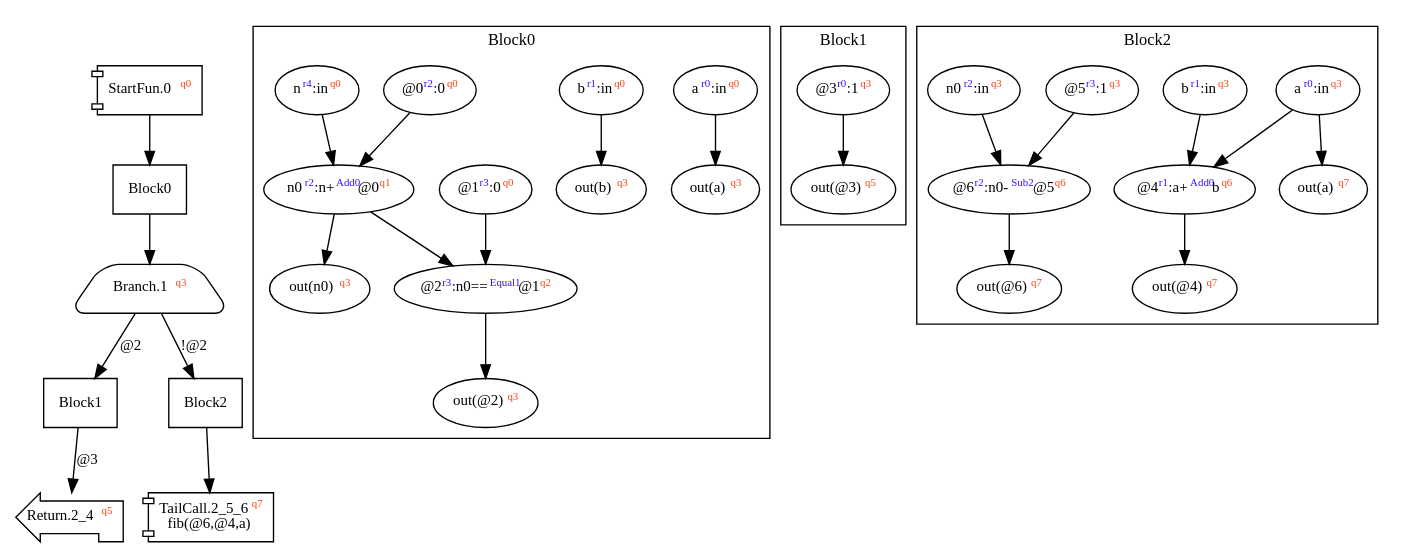
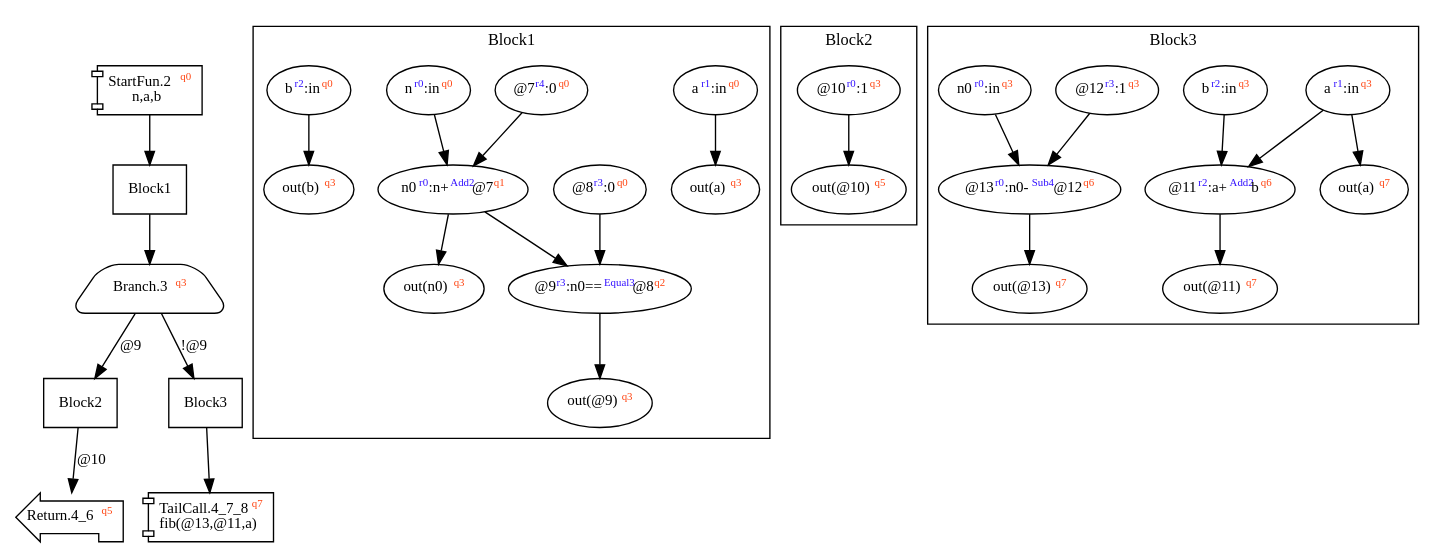
The diagram in dist/fib.dot (akouryy/SyntheScala), drawn with Graphviz before and after one commit. The commit also changed 13 other files, not shown here.

```diff
--- a/dist/fib.dot
+++ b/dist/fib.dot
@@ -1,30 +1,30 @@
 digraph Program_ {
 graph [fontname = "Monaco", fontsize = 12, ranksep = 0.5];
 node [shape = box, fontname = "Monaco", fontsize = 11; colorscheme = pastel19];
 edge [fontname = "Monaco", fontsize = 11; colorscheme = pastel19];
-Jump0[label = <StartFun.0<font color="#ff4411" point-size="8"><sup>q0</sup></font>>; shape = component];
-Jump0 -> Block0;
-Jump1[
-  label = <Branch.1<font color="#ff4411" point-size="8"><sup>q3</sup></font>>;
+Jump2[label = <StartFun.2<font color="#ff4411" point-size="8"><sup>q0</sup></font><br/>n,a,b>; shape = component];
+Jump2 -> Block1;
+Jump3[
+  label = <Branch.3<font color="#ff4411" point-size="8"><sup>q3</sup></font>>;
   shape = trapezium; style = rounded;
 ];
-Block0 -> Jump1;
-Jump1 -> Block1 [label="@2"];
-Jump1 -> Block2 [label="!@2"];
-Jump2_4[label = <Return.2_4<font color="#ff4411" point-size="8"><sup>q5</sup></font>>; shape = lpromoter];
-Block1 -> Jump2_4 [label="@3"];
-Jump2_5_6[label = <TailCall.2_5_6<font color="#ff4411" point-size="8"><sup>q7</sup></font><br/>fib(@6,@4,a)>; shape = component];
-Block2 -> Jump2_5_6;
-Block0 [label = "Block0"];
+Block1 -> Jump3;
+Jump3 -> Block2 [label="@9"];
+Jump3 -> Block3 [label="!@9"];
+Jump4_6[label = <Return.4_6<font color="#ff4411" point-size="8"><sup>q5</sup></font>>; shape = lpromoter];
+Block2 -> Jump4_6 [label="@10"];
+Jump4_7_8[label = <TailCall.4_7_8<font color="#ff4411" point-size="8"><sup>q7</sup></font><br/>fib(@13,@11,a)>; shape = component];
+Block3 -> Jump4_7_8;
 Block1 [label = "Block1"];
 Block2 [label = "Block2"];
-subgraph cluster_dfg_Block0{
-node [shape = oval];
-label = "Block0";
-ndBlock0_0 [label=<@2<font color="#3311ff" point-size="8"><sup>r3</sup></font>:n0==<font color="#3311ff" point-size="8"><sup>Equal1</sup></font>@1<font color="#ff4411" point-size="8"><sup>q2</sup></font>>];ndBlock0_1 [label=<out(@2)<font color="#ff4411" point-size="8"><sup>q3</sup></font>>];ndBlock0_2 [label=<out(b)<font color="#ff4411" point-size="8"><sup>q3</sup></font>>];ndBlock0_3 [label=<a<font color="#3311ff" point-size="8"><sup>r0</sup></font>:in<font color="#ff4411" point-size="8"><sup>q0</sup></font>>];ndBlock0_4 [label=<b<font color="#3311ff" point-size="8"><sup>r1</sup></font>:in<font color="#ff4411" point-size="8"><sup>q0</sup></font>>];ndBlock0_5 [label=<out(a)<font color="#ff4411" point-size="8"><sup>q3</sup></font>>];ndBlock0_6 [label=<out(n0)<font color="#ff4411" point-size="8"><sup>q3</sup></font>>];ndBlock0_7 [label=<@0<font color="#3311ff" point-size="8"><sup>r2</sup></font>:0<font color="#ff4411" point-size="8"><sup>q0</sup></font>>];ndBlock0_8 [label=<n0<font color="#3311ff" point-size="8"><sup>r2</sup></font>:n+<font color="#3311ff" point-size="8"><sup>Add0</sup></font>@0<font color="#ff4411" point-size="8"><sup>q1</sup></font>>];ndBlock0_9 [label=<@1<font color="#3311ff" point-size="8"><sup>r3</sup></font>:0<font color="#ff4411" point-size="8"><sup>q0</sup></font>>];ndBlock0_10 [label=<n<font color="#3311ff" point-size="8"><sup>r4</sup></font>:in<font color="#ff4411" point-size="8"><sup>q0</sup></font>>];ndBlock0_4 -> ndBlock0_2; ndBlock0_8 -> ndBlock0_6; ndBlock0_0 -> ndBlock0_1; ndBlock0_3 -> ndBlock0_5; ndBlock0_8 -> ndBlock0_0; ndBlock0_9 -> ndBlock0_0; ndBlock0_7 -> ndBlock0_8; ndBlock0_10 -> ndBlock0_8; }subgraph cluster_dfg_Block1{
+Block3 [label = "Block3"];
+subgraph cluster_dfg_Block1{
 node [shape = oval];
 label = "Block1";
-ndBlock1_0 [label=<@3<font color="#3311ff" point-size="8"><sup>r0</sup></font>:1<font color="#ff4411" point-size="8"><sup>q3</sup></font>>];ndBlock1_1 [label=<out(@3)<font color="#ff4411" point-size="8"><sup>q5</sup></font>>];ndBlock1_0 -> ndBlock1_1; }subgraph cluster_dfg_Block2{
+ndBlock1_0 [label=<a<font color="#3311ff" point-size="8"><sup>r1</sup></font>:in<font color="#ff4411" point-size="8"><sup>q0</sup></font>>];ndBlock1_1 [label=<@8<font color="#3311ff" point-size="8"><sup>r3</sup></font>:0<font color="#ff4411" point-size="8"><sup>q0</sup></font>>];ndBlock1_2 [label=<out(a)<font color="#ff4411" point-size="8"><sup>q3</sup></font>>];ndBlock1_3 [label=<@7<font color="#3311ff" point-size="8"><sup>r4</sup></font>:0<font color="#ff4411" point-size="8"><sup>q0</sup></font>>];ndBlock1_4 [label=<out(@9)<font color="#ff4411" point-size="8"><sup>q3</sup></font>>];ndBlock1_5 [label=<out(n0)<font color="#ff4411" point-size="8"><sup>q3</sup></font>>];ndBlock1_6 [label=<n<font color="#3311ff" point-size="8"><sup>r0</sup></font>:in<font color="#ff4411" point-size="8"><sup>q0</sup></font>>];ndBlock1_7 [label=<@9<font color="#3311ff" point-size="8"><sup>r3</sup></font>:n0==<font color="#3311ff" point-size="8"><sup>Equal3</sup></font>@8<font color="#ff4411" point-size="8"><sup>q2</sup></font>>];ndBlock1_8 [label=<out(b)<font color="#ff4411" point-size="8"><sup>q3</sup></font>>];ndBlock1_9 [label=<b<font color="#3311ff" point-size="8"><sup>r2</sup></font>:in<font color="#ff4411" point-size="8"><sup>q0</sup></font>>];ndBlock1_10 [label=<n0<font color="#3311ff" point-size="8"><sup>r0</sup></font>:n+<font color="#3311ff" point-size="8"><sup>Add2</sup></font>@7<font color="#ff4411" point-size="8"><sup>q1</sup></font>>];ndBlock1_9 -> ndBlock1_8; ndBlock1_10 -> ndBlock1_5; ndBlock1_7 -> ndBlock1_4; ndBlock1_0 -> ndBlock1_2; ndBlock1_3 -> ndBlock1_10; ndBlock1_6 -> ndBlock1_10; ndBlock1_1 -> ndBlock1_7; ndBlock1_10 -> ndBlock1_7; }subgraph cluster_dfg_Block2{
 node [shape = oval];
 label = "Block2";
-ndBlock2_0 [label=<@5<font color="#3311ff" point-size="8"><sup>r3</sup></font>:1<font color="#ff4411" point-size="8"><sup>q3</sup></font>>];ndBlock2_1 [label=<out(@4)<font color="#ff4411" point-size="8"><sup>q7</sup></font>>];ndBlock2_2 [label=<a<font color="#3311ff" point-size="8"><sup>r0</sup></font>:in<font color="#ff4411" point-size="8"><sup>q3</sup></font>>];ndBlock2_3 [label=<b<font color="#3311ff" point-size="8"><sup>r1</sup></font>:in<font color="#ff4411" point-size="8"><sup>q3</sup></font>>];ndBlock2_4 [label=<out(@6)<font color="#ff4411" point-size="8"><sup>q7</sup></font>>];ndBlock2_5 [label=<@4<font color="#3311ff" point-size="8"><sup>r1</sup></font>:a+<font color="#3311ff" point-size="8"><sup>Add0</sup></font>b<font color="#ff4411" point-size="8"><sup>q6</sup></font>>];ndBlock2_6 [label=<out(a)<font color="#ff4411" point-size="8"><sup>q7</sup></font>>];ndBlock2_7 [label=<n0<font color="#3311ff" point-size="8"><sup>r2</sup></font>:in<font color="#ff4411" point-size="8"><sup>q3</sup></font>>];ndBlock2_8 [label=<@6<font color="#3311ff" point-size="8"><sup>r2</sup></font>:n0-<font color="#3311ff" point-size="8"><sup>Sub2</sup></font>@5<font color="#ff4411" point-size="8"><sup>q6</sup></font>>];ndBlock2_2 -> ndBlock2_5; ndBlock2_3 -> ndBlock2_5; ndBlock2_5 -> ndBlock2_1; ndBlock2_0 -> ndBlock2_8; ndBlock2_7 -> ndBlock2_8; ndBlock2_2 -> ndBlock2_6; ndBlock2_8 -> ndBlock2_4; }}
+ndBlock2_0 [label=<@10<font color="#3311ff" point-size="8"><sup>r0</sup></font>:1<font color="#ff4411" point-size="8"><sup>q3</sup></font>>];ndBlock2_1 [label=<out(@10)<font color="#ff4411" point-size="8"><sup>q5</sup></font>>];ndBlock2_0 -> ndBlock2_1; }subgraph cluster_dfg_Block3{
+node [shape = oval];
+label = "Block3";
+ndBlock3_0 [label=<@12<font color="#3311ff" point-size="8"><sup>r3</sup></font>:1<font color="#ff4411" point-size="8"><sup>q3</sup></font>>];ndBlock3_1 [label=<@11<font color="#3311ff" point-size="8"><sup>r2</sup></font>:a+<font color="#3311ff" point-size="8"><sup>Add2</sup></font>b<font color="#ff4411" point-size="8"><sup>q6</sup></font>>];ndBlock3_2 [label=<a<font color="#3311ff" point-size="8"><sup>r1</sup></font>:in<font color="#ff4411" point-size="8"><sup>q3</sup></font>>];ndBlock3_3 [label=<b<font color="#3311ff" point-size="8"><sup>r2</sup></font>:in<font color="#ff4411" point-size="8"><sup>q3</sup></font>>];ndBlock3_4 [label=<out(@13)<font color="#ff4411" point-size="8"><sup>q7</sup></font>>];ndBlock3_5 [label=<out(a)<font color="#ff4411" point-size="8"><sup>q7</sup></font>>];ndBlock3_6 [label=<n0<font color="#3311ff" point-size="8"><sup>r0</sup></font>:in<font color="#ff4411" point-size="8"><sup>q3</sup></font>>];ndBlock3_7 [label=<out(@11)<font color="#ff4411" point-size="8"><sup>q7</sup></font>>];ndBlock3_8 [label=<@13<font color="#3311ff" point-size="8"><sup>r0</sup></font>:n0-<font color="#3311ff" point-size="8"><sup>Sub4</sup></font>@12<font color="#ff4411" point-size="8"><sup>q6</sup></font>>];ndBlock3_1 -> ndBlock3_7; ndBlock3_2 -> ndBlock3_5; ndBlock3_0 -> ndBlock3_8; ndBlock3_6 -> ndBlock3_8; ndBlock3_2 -> ndBlock3_1; ndBlock3_3 -> ndBlock3_1; ndBlock3_8 -> ndBlock3_4; }}
```
